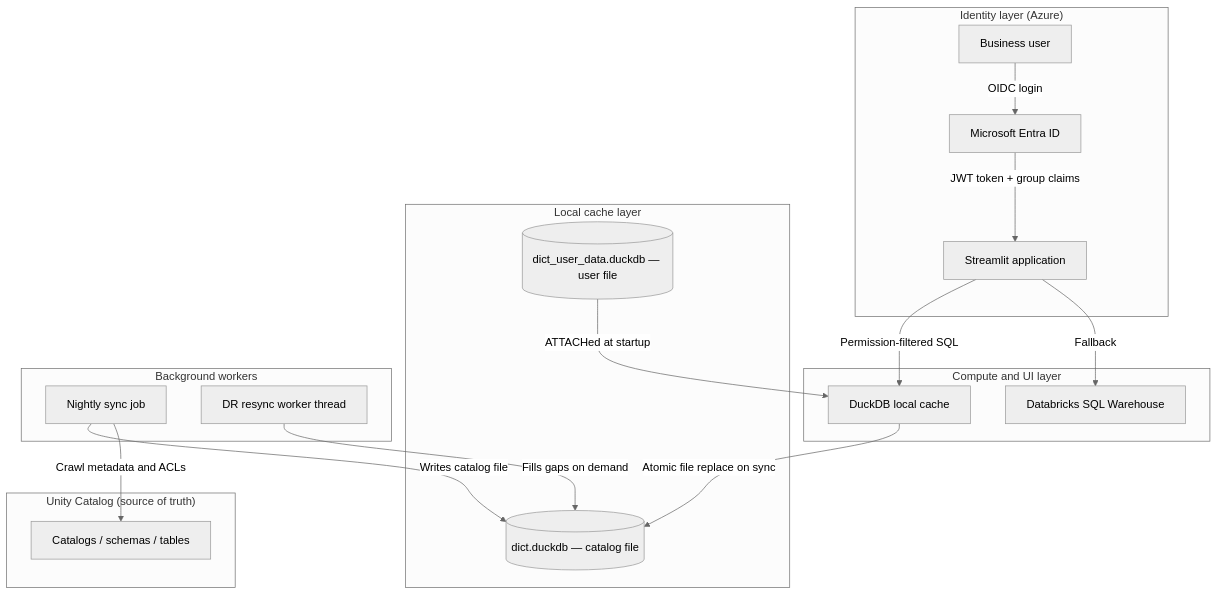
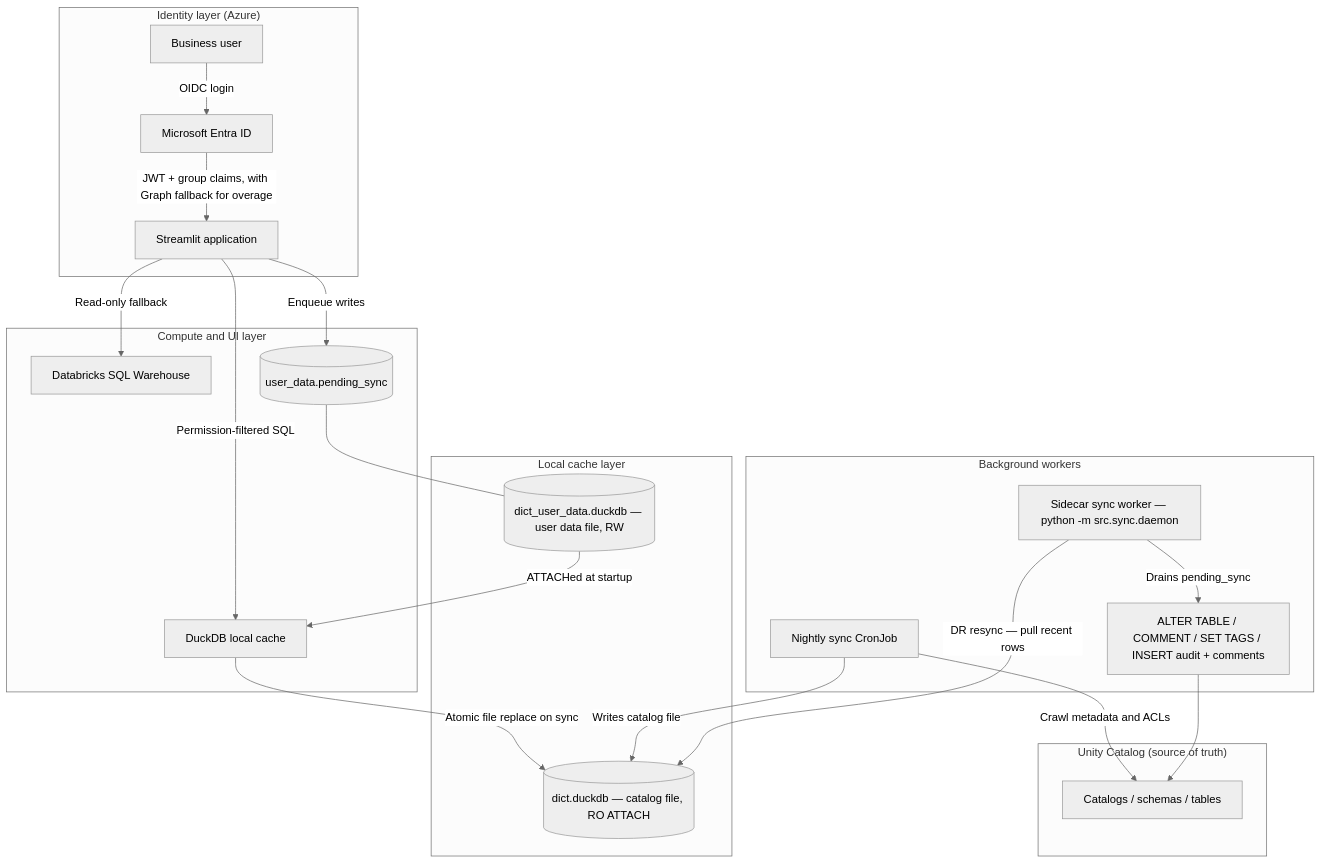
One commit to Teakayah/datadictionnary changed the diagram in ARCHITECTURE.md. Above: the diagram before and after it, drawn with Mermaid (neutral theme). The commit also changed other lines of this file and 15 other files, not shown here.

````diff
--- a/ARCHITECTURE.md
+++ b/ARCHITECTURE.md
@@ -11,26 +11,30 @@
 ```mermaid
 graph TD
     subgraph "Identity layer (Azure)"
         A[Business user] -->|OIDC login| B[Microsoft Entra ID]
-        B -->|JWT token + group claims| C[Streamlit application]
+        B -->|JWT + group claims, with Graph fallback for overage| C[Streamlit application]
     end
 
     subgraph "Compute and UI layer"
         C -->|Permission-filtered SQL| D[DuckDB local cache]
-        C -->|Fallback| E[Databricks SQL Warehouse]
+        C -->|Read-only fallback| E[Databricks SQL Warehouse]
+        C -->|Enqueue writes| K[(user_data.pending_sync)]
     end
 
     subgraph "Local cache layer"
-        D -->|Atomic file replace on sync| F[(dict.duckdb — catalog file)]
-        G[(dict_user_data.duckdb — user file)] -->|ATTACHed at startup| D
+        D -->|Atomic file replace on sync| F[(dict.duckdb — catalog file, RO ATTACH)]
+        G[(dict_user_data.duckdb — user data file, RW)] -->|ATTACHed at startup| D
+        K --- G
     end
 
     subgraph "Background workers"
-        H[Nightly sync job] -->|Writes catalog file| F
-        I[DR resync worker thread] -->|Fills gaps on demand| F
+        H[Nightly sync CronJob] -->|Writes catalog file| F
+        I[Sidecar sync worker — python -m src.sync.daemon] -->|Drains pending_sync| L
+        I -->|DR resync — pull recent rows| F
     end
 
     subgraph "Unity Catalog (source of truth)"
         H -->|Crawl metadata and ACLs| J[Catalogs / schemas / tables]
+        L[ALTER TABLE / COMMENT / SET TAGS / INSERT audit + comments] --> J
     end
 ```
````
